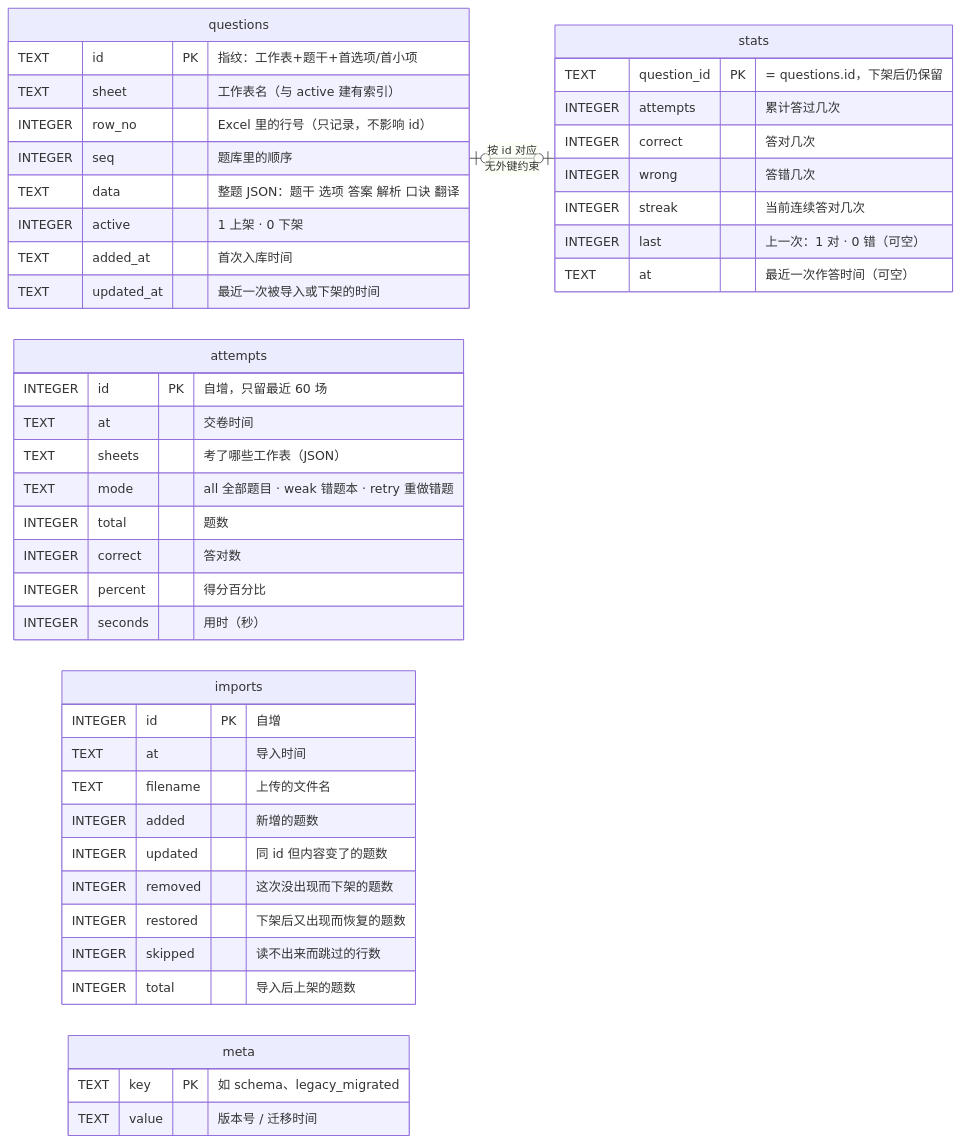
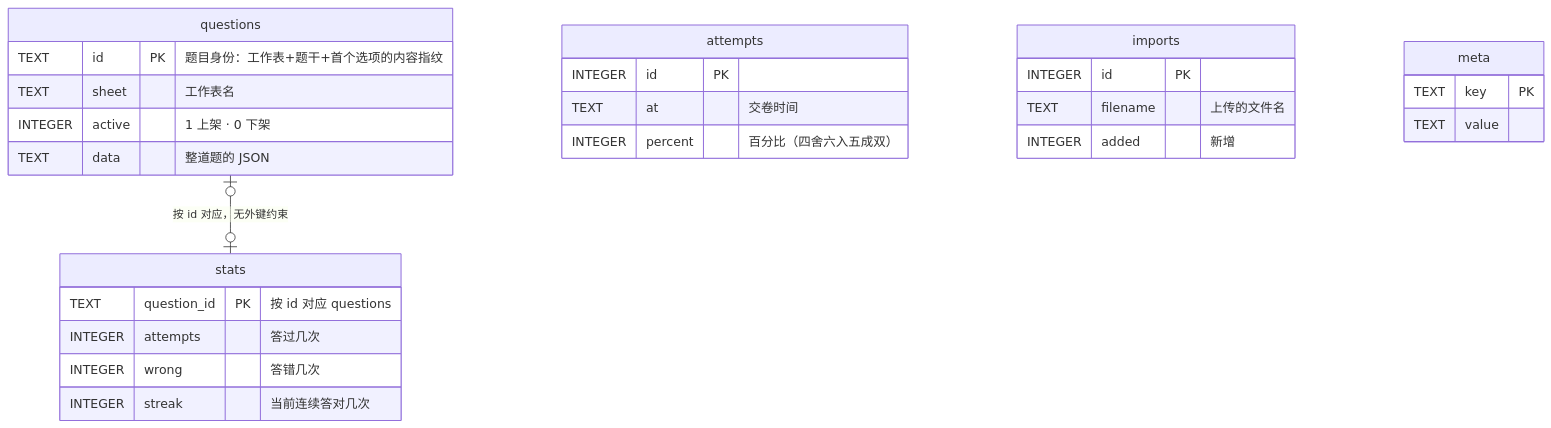
The third of 6 diagrams in README.md (Yumin-Space/xexam), drawn with Mermaid before and after one commit. The commit also changed other lines of this file and 186 other files, not shown here.

````diff
--- a/README.md
+++ b/README.md
@@ -325,50 +175,30 @@
 ```mermaid
-%%{init: {"er": {"nodeSpacing": 40, "rankSpacing": 40}}}%%
 erDiagram
-    direction LR
     questions {
-        TEXT id PK "指纹：工作表+题干+首选项/首小项"
-        TEXT sheet "工作表名（与 active 建有索引）"
-        INTEGER row_no "Excel 里的行号（只记录，不影响 id）"
-        INTEGER seq "题库里的顺序"
-        TEXT data "整题 JSON：题干 选项 答案 解析 口诀 翻译"
+        TEXT id PK "题目身份：工作表+题干+首个选项的内容指纹"
+        TEXT sheet "工作表名"
         INTEGER active "1 上架 · 0 下架"
-        TEXT added_at "首次入库时间"
-        TEXT updated_at "最近一次被导入或下架的时间"
+        TEXT data "整道题的 JSON"
     }
     stats {
-        TEXT question_id PK "= questions.id，下架后仍保留"
-        INTEGER attempts "累计答过几次"
-        INTEGER correct "答对几次"
+        TEXT question_id PK "按 id 对应 questions"
+        INTEGER attempts "答过几次"
         INTEGER wrong "答错几次"
         INTEGER streak "当前连续答对几次"
-        INTEGER last "上一次：1 对 · 0 错（可空）"
-        TEXT at "最近一次作答时间（可空）"
     }
     attempts {
-        INTEGER id PK "自增，只留最近 60 场"
+        INTEGER id PK
         TEXT at "交卷时间"
-        TEXT sheets "考了哪些工作表（JSON）"
-        TEXT mode "all 全部题目 · weak 错题本 · retry 重做错题"
-        INTEGER total "题数"
-        INTEGER correct "答对数"
-        INTEGER percent "得分百分比"
-        INTEGER seconds "用时（秒）"
+        INTEGER percent "百分比（四舍六入五成双）"
     }
     imports {
-        INTEGER id PK "自增"
-        TEXT at "导入时间"
+        INTEGER id PK
         TEXT filename "上传的文件名"
-        INTEGER added "新增的题数"
-        INTEGER updated "同 id 但内容变了的题数"
-        INTEGER removed "这次没出现而下架的题数"
-        INTEGER restored "下架后又出现而恢复的题数"
-        INTEGER skipped "读不出来而跳过的行数"
-        INTEGER total "导入后上架的题数"
+        INTEGER added "新增"
     }
     meta {
-        TEXT key PK "如 schema、legacy_migrated"
-        TEXT value "版本号 / 迁移时间"
+        TEXT key PK
+        TEXT value
     }
-    questions |o--o| stats : "按 id 对应<br/>无外键约束"
+    questions |o--o| stats : "按 id 对应，无外键约束"
 ```
````
